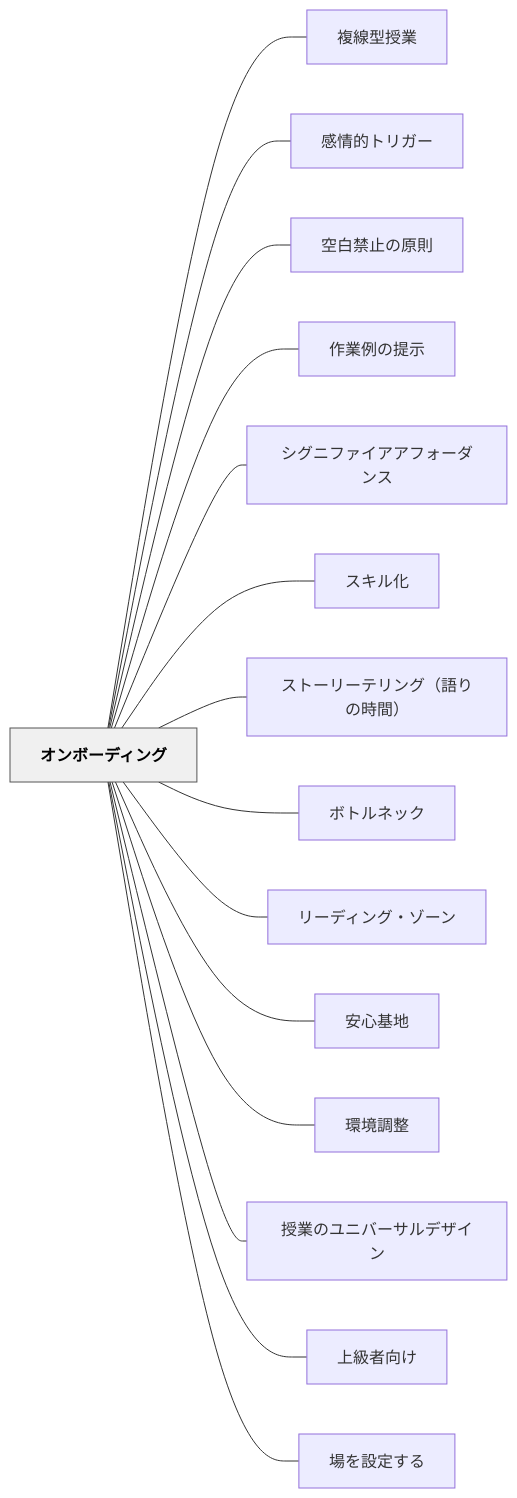
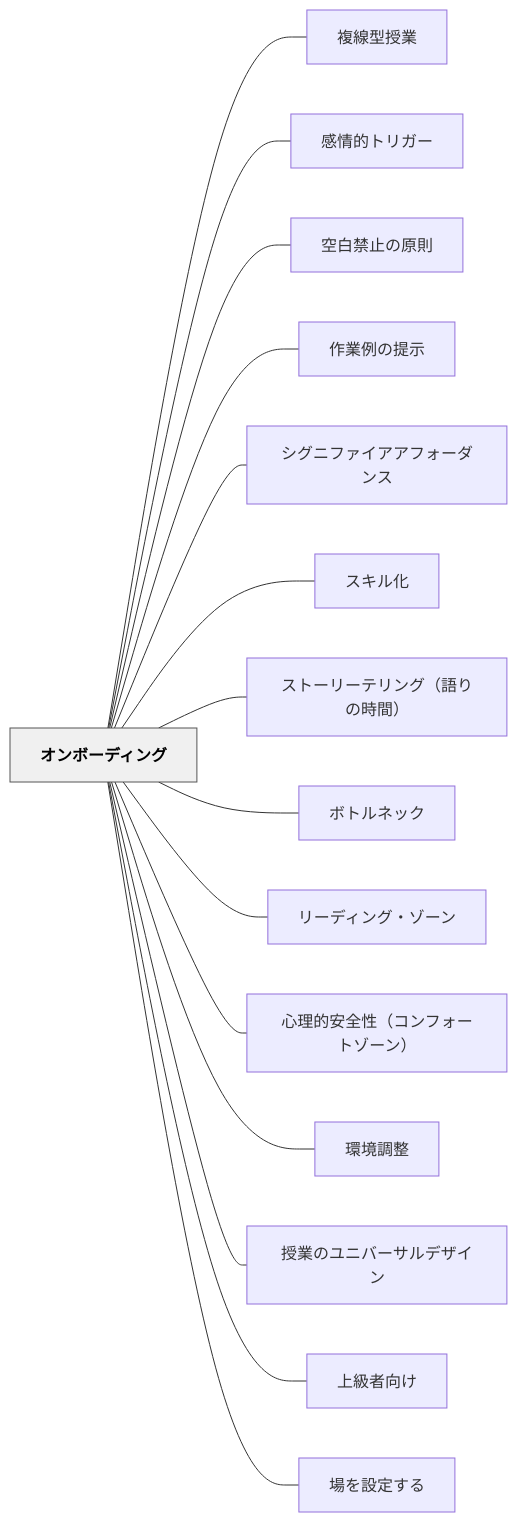
One commit to unknownthings-ed-patterns/unknownthings-ed-patterns changed the diagram in content/パタン/オンボーディング.md. Above: the diagram before and after it, drawn with Mermaid. The commit also changed other lines of this file and 30 other files, not shown here.

````diff
--- a/content/パタン/オンボーディング.md
+++ b/content/パタン/オンボーディング.md
@@ -150,36 +150,36 @@
 ```mermaid
 flowchart LR
     ne382aae383b3e3839ce383bce38387e382a3e383b3e382b0["オンボーディング"]
     ne8a487e7b79ae59e8be68e88e6a5ad["複線型授業"]
     ne6849fe68385e79a84e38388e383aae382ace383bc["感情的トリガー"]
     ne7a9bae799bde7a681e6ada2e381aee58e9fe58987["空白禁止の原則"]
     ne4bd9ce6a5ade4be8be381aee68f90e7a4ba["作業例の提示"]
     ne382b7e382b0e3838be38395e382a1e382a4e382a2e382a2e38395e382a9e383bce38380e383b3e382b9["シグニファイアアフォーダンス"]
     ne382b9e382ade383abe58c96["スキル化"]
     ne382b9e38388e383bce383aae383bce38386e383aae383b3e382b0efbc88e8aa9ee3828ae381aee69982e99693efbc89["ストーリーテリング（語りの時間）"]
     ne3839ce38388e383abe3838de38383e382af["ボトルネック"]
     ne383aae383bce38387e382a3e383b3e382b0e383bbe382bee383bce383b3["リーディング・ゾーン"]
-    ne5ae89e5bf83e59fbae59cb0["安心基地"]
+    ne5bf83e79086e79a84e5ae89e585a8e680a7efbc88e382b3e383b3e38395e382a9e383bce38388e382bee383bce383b3efbc89["心理的安全性（コンフォートゾーン）"]
     ne792b0e5a283e8aabfe695b4["環境調整"]
     ne68e88e6a5ade381aee383a6e3838be38390e383bce382b5e383abe38387e382b6e382a4e383b3["授業のユニバーサルデザイン"]
     ne4b88ae7b49ae88085e59091e38191["上級者向け"]
     ne5a0b4e38292e8a8ade5ae9ae38199e3828b["場を設定する"]
 
     ne382aae383b3e3839ce383bce38387e382a3e383b3e382b0 --- ne8a487e7b79ae59e8be68e88e6a5ad
     ne382aae383b3e3839ce383bce38387e382a3e383b3e382b0 --- ne6849fe68385e79a84e38388e383aae382ace383bc
     ne382aae383b3e3839ce383bce38387e382a3e383b3e382b0 --- ne7a9bae799bde7a681e6ada2e381aee58e9fe58987
     ne382aae383b3e3839ce383bce38387e382a3e383b3e382b0 --- ne4bd9ce6a5ade4be8be381aee68f90e7a4ba
     ne382aae383b3e3839ce383bce38387e382a3e383b3e382b0 --- ne382b7e382b0e3838be38395e382a1e382a4e382a2e382a2e38395e382a9e383bce38380e383b3e382b9
     ne382aae383b3e3839ce383bce38387e382a3e383b3e382b0 --- ne382b9e382ade383abe58c96
     ne382aae383b3e3839ce383bce38387e382a3e383b3e382b0 --- ne382b9e38388e383bce383aae383bce38386e383aae383b3e382b0efbc88e8aa9ee3828ae381aee69982e99693efbc89
     ne382aae383b3e3839ce383bce38387e382a3e383b3e382b0 --- ne3839ce38388e383abe3838de38383e382af
     ne382aae383b3e3839ce383bce38387e382a3e383b3e382b0 --- ne383aae383bce38387e382a3e383b3e382b0e383bbe382bee383bce383b3
-    ne382aae383b3e3839ce383bce38387e382a3e383b3e382b0 --- ne5ae89e5bf83e59fbae59cb0
+    ne382aae383b3e3839ce383bce38387e382a3e383b3e382b0 --- ne5bf83e79086e79a84e5ae89e585a8e680a7efbc88e382b3e383b3e38395e382a9e383bce38388e382bee383bce383b3efbc89
     ne382aae383b3e3839ce383bce38387e382a3e383b3e382b0 --- ne792b0e5a283e8aabfe695b4
     ne382aae383b3e3839ce383bce38387e382a3e383b3e382b0 --- ne68e88e6a5ade381aee383a6e3838be38390e383bce382b5e383abe38387e382b6e382a4e383b3
     ne382aae383b3e3839ce383bce38387e382a3e383b3e382b0 --- ne4b88ae7b49ae88085e59091e38191
     ne382aae383b3e3839ce383bce38387e382a3e383b3e382b0 --- ne5a0b4e38292e8a8ade5ae9ae38199e3828b
 
     classDef hub fill:#f0f0f0,stroke:#555,color:#000,font-weight:bold
     class ne382aae383b3e3839ce383bce38387e382a3e383b3e382b0 hub
 ```
````
